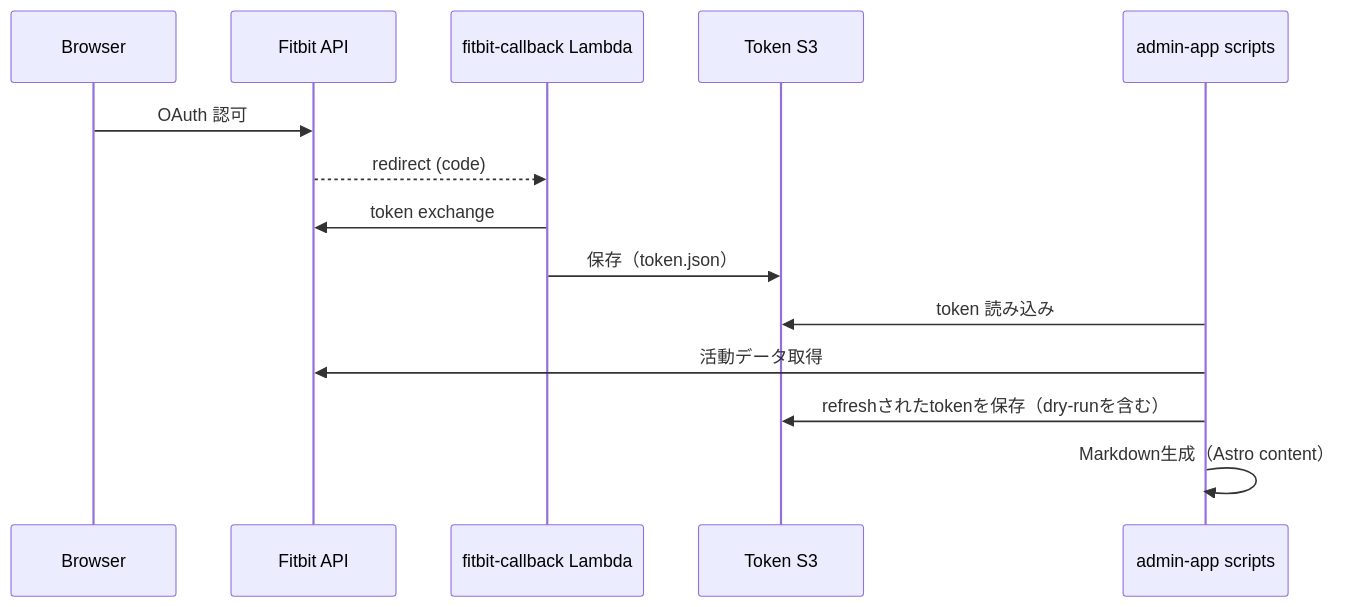
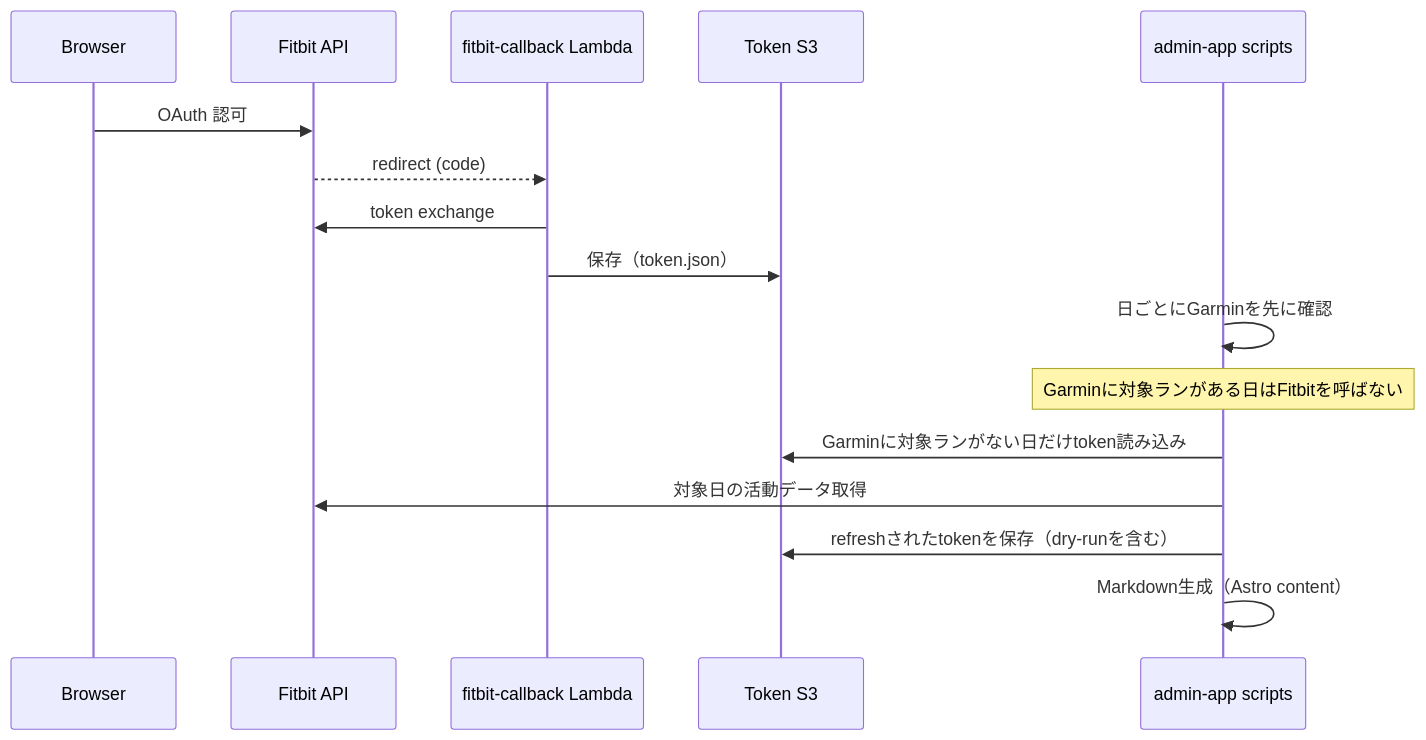
The third of 3 diagrams in docs/architecture.md (subaru44k/running_blog_from_scrach), drawn with Mermaid before and after one commit. The commit also changed other lines of this file and 21 other files, not shown here.

````diff
--- a/docs/architecture.md
+++ b/docs/architecture.md
@@ -140,17 +144,19 @@
 ```mermaid
 sequenceDiagram
   participant User as Browser
   participant Fitbit as Fitbit API
   participant CB as fitbit-callback Lambda
   participant S3 as Token S3
   participant Admin as admin-app scripts
 
   User->>Fitbit: OAuth 認可
   Fitbit-->>CB: redirect (code)
   CB->>Fitbit: token exchange
   CB->>S3: 保存（token.json）
-  Admin->>S3: token 読み込み
-  Admin->>Fitbit: 活動データ取得
+  Admin->>Admin: 日ごとにGarminを先に確認
+  Note over Admin: Garminに対象ランがある日はFitbitを呼ばない
+  Admin->>S3: Garminに対象ランがない日だけtoken読み込み
+  Admin->>Fitbit: 対象日の活動データ取得
   Admin->>S3: refreshされたtokenを保存（dry-runを含む）
   Admin->>Admin: Markdown生成（Astro content）
 ```
````
